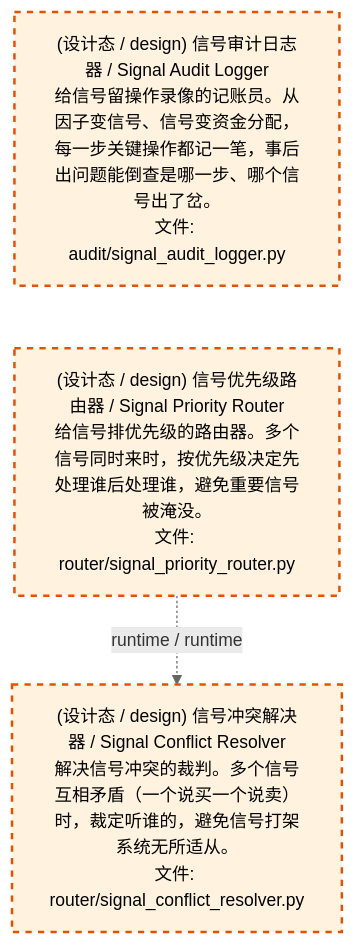
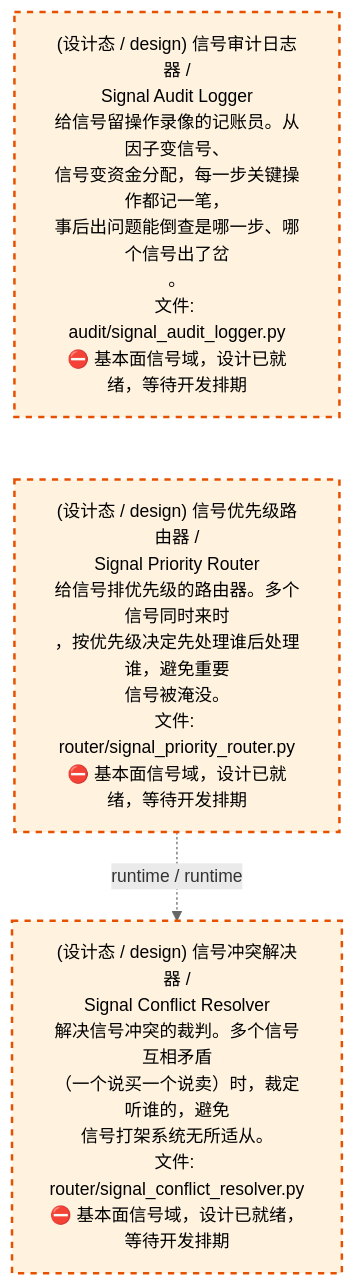
The third of 4 diagrams in docs/02_enterprise_architecture/02_domain_architecture_docs/48_d_fundamental_signal.md (xuanFelixVan/ZephyrAlpha), drawn with Mermaid before and after one commit. The commit also changed other lines of this file and 59 other files, not shown here.

````diff
--- a/docs/02_enterprise_architecture/02_domain_architecture_docs/48_d_fundamental_signal.md
+++ b/docs/02_enterprise_architecture/02_domain_architecture_docs/48_d_fundamental_signal.md
@@ -160,14 +160,14 @@
 ```mermaid
 %%{init: {'theme': 'base', 'themeVariables': {'primaryColor': '#eaeaea', 'primaryTextColor': '#333333', 'primaryBorderColor': '#666666', 'lineColor': '#666666', 'secondaryColor': '#eaeaea', 'tertiaryColor': '#eaeaea', 'fontSize': '14px'}}}%%
 flowchart TD
-    src_zephyr_signal_fundamental_audit_signal_audit_logger_py["(设计态 / design) 信号审计日志器 / Signal Audit Logger<br/>给信号留操作录像的记账员。从因子变信号、信号变资金分配，每一步关键操作都记一笔，事后出问题能倒查是哪一步、哪个信号出了岔。<br/>文件: audit/signal_audit_logger.py"]
-    src_zephyr_signal_fundamental_router_signal_priority_router_py["(设计态 / design) 信号优先级路由器 / Signal Priority Router<br/>给信号排优先级的路由器。多个信号同时来时，按优先级决定先处理谁后处理谁，避免重要信号被淹没。<br/>文件: router/signal_priority_router.py"]
+    src_zephyr_signal_fundamental_audit_signal_audit_logger_py["(设计态 / design) 信号审计日志器 /<br/>Signal Audit Logger<br/>给信号留操作录像的记账员。从因子变信号、<br/>信号变资金分配，每一步关键操作都记一笔，<br/>事后出问题能倒查是哪一步、哪个信号出了岔<br/>。<br/>文件: audit/signal_audit_logger.py<br/>⛔ 基本面信号域，设计已就绪，等待开发排期"]
+    src_zephyr_signal_fundamental_router_signal_priority_router_py["(设计态 / design) 信号优先级路由器 /<br/>Signal Priority Router<br/>给信号排优先级的路由器。多个信号同时来时<br/>，按优先级决定先处理谁后处理谁，避免重要<br/>信号被淹没。<br/>文件: router/signal_priority_router.py<br/>⛔ 基本面信号域，设计已就绪，等待开发排期"]
     src_zephyr_signal_fundamental_audit_signal_audit_logger_py ~~~ src_zephyr_signal_fundamental_router_signal_priority_router_py
-    src_zephyr_signal_fundamental_router_signal_conflict_resolver_py["(设计态 / design) 信号冲突解决器 / Signal Conflict Resolver<br/>解决信号冲突的裁判。多个信号互相矛盾（一个说买一个说卖）时，裁定听谁的，避免信号打架系统无所适从。<br/>文件: router/signal_conflict_resolver.py"]
+    src_zephyr_signal_fundamental_router_signal_conflict_resolver_py["(设计态 / design) 信号冲突解决器 /<br/>Signal Conflict Resolver<br/>解决信号冲突的裁判。多个信号互相矛盾<br/>（一个说买一个说卖）时，裁定听谁的，避免<br/>信号打架系统无所适从。<br/>文件: router/signal_conflict_resolver.py<br/>⛔ 基本面信号域，设计已就绪，等待开发排期"]
     src_zephyr_signal_fundamental_router_signal_priority_router_py -.->|runtime / runtime| src_zephyr_signal_fundamental_router_signal_conflict_resolver_py
     classDef production fill:#e1f5fe,stroke:#01579b,stroke-width:2px,color:#000
     classDef design fill:#fff3e0,stroke:#e65100,stroke-width:2px,color:#000,stroke-dasharray: 5 5
     classDef external_prod fill:#e8f4fd,stroke:#0277bd,stroke-width:1px,color:#000
     classDef external_design fill:#fff8e7,stroke:#ef6c00,stroke-width:1px,color:#000,stroke-dasharray: 5 5
     class src_zephyr_signal_fundamental_audit_signal_audit_logger_py,src_zephyr_signal_fundamental_router_signal_conflict_resolver_py,src_zephyr_signal_fundamental_router_signal_priority_router_py design
 ```
````
